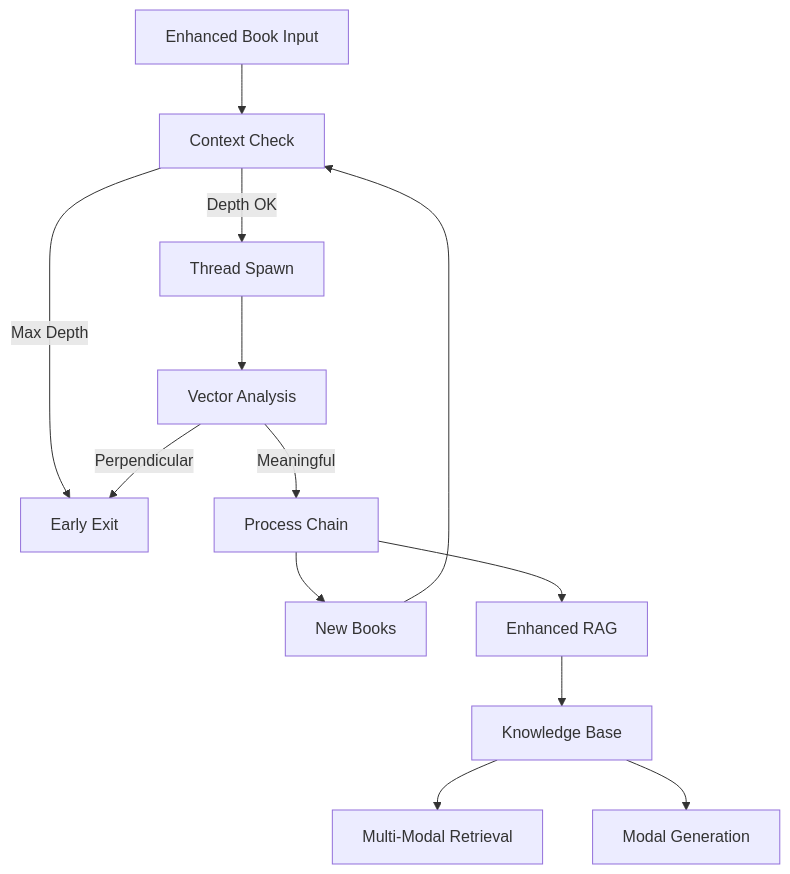
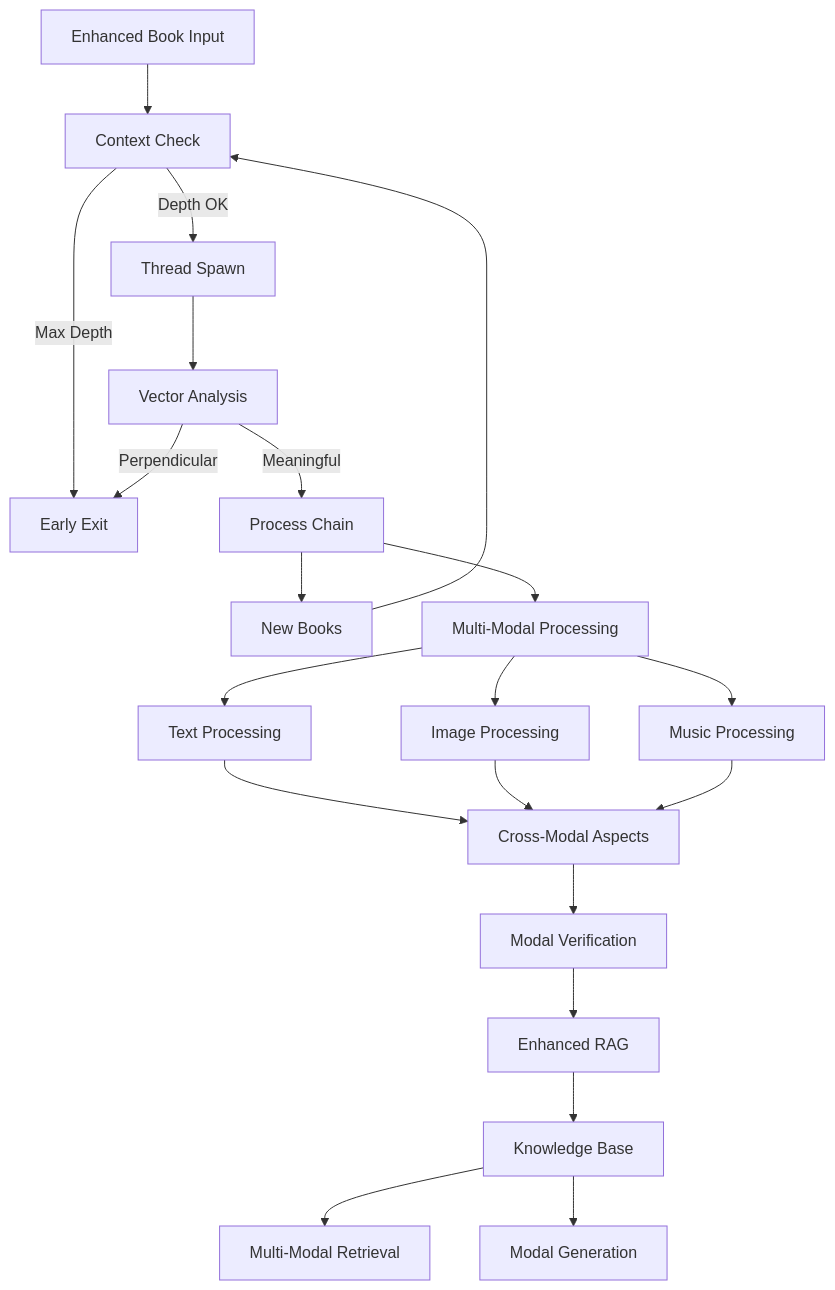
The fourth of 5 diagrams in docs/3. the machine system/memorativa-3-11-enhanced-chain-of-thought.md (heavyblotto/memorativa), drawn with Mermaid before and after one commit. The commit also changed other lines of this file and 71 other files, not shown here.

````diff
--- a/docs/3. the machine system/memorativa-3-11-enhanced-chain-of-thought.md
+++ b/docs/3. the machine system/memorativa-3-11-enhanced-chain-of-thought.md
@@ -238,16 +674,26 @@
 ```mermaid
 graph TD
     B[Enhanced Book Input] --> C[Context Check]
     C -->|Depth OK| T[Thread Spawn]
     C -->|Max Depth| E[Early Exit]
     T --> V[Vector Analysis]
     V -->|Meaningful| P[Process Chain]
     V -->|Perpendicular| E
     P --> N[New Books]
     N --> C
     
-    P --> RAG[Enhanced RAG]
+    P --> MM[Multi-Modal Processing]
+    MM --> TEXT[Text Processing]
+    MM --> IMG[Image Processing]
+    MM --> MUSIC[Music Processing]
+    
+    TEXT --> CMA[Cross-Modal Aspects]
+    IMG --> CMA
+    MUSIC --> CMA
+    
+    CMA --> MV[Modal Verification]
+    MV --> RAG[Enhanced RAG]
     RAG --> KB[Knowledge Base]
     KB --> R[Multi-Modal Retrieval]
     KB --> G[Modal Generation]
 ```
````
